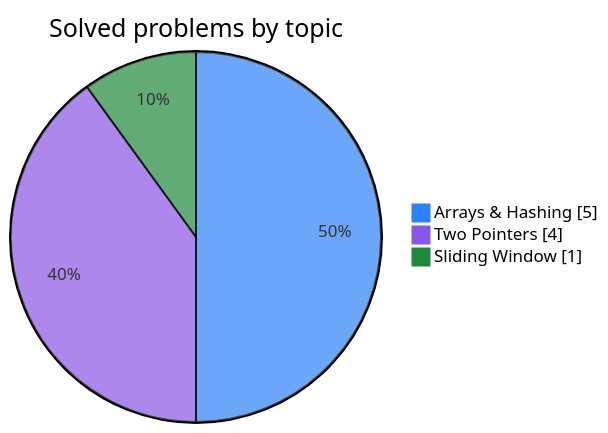
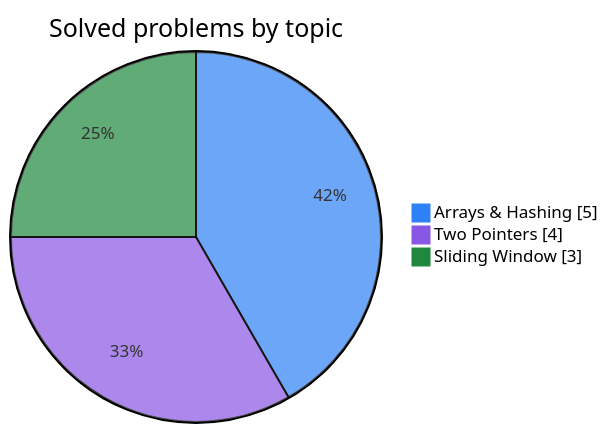
One commit to sombreror/leetcode changed the first of 2 diagrams in README.md. Above: the diagram before and after it, drawn with Mermaid. The commit also changed other lines of this file, not shown here.

````diff
--- a/README.md
+++ b/README.md
@@ -40,7 +40,7 @@
 ```mermaid
 %%{init: {"themeVariables": {"pie1": "#2f81f7", "pie2": "#8957e5", "pie3": "#1f883d", "pieOuterStrokeWidth": "2px"}}}%%
 pie showData title Solved problems by topic
     "Arrays & Hashing" : 5
     "Two Pointers" : 4
-    "Sliding Window" : 1
+    "Sliding Window" : 3
 ```
````
